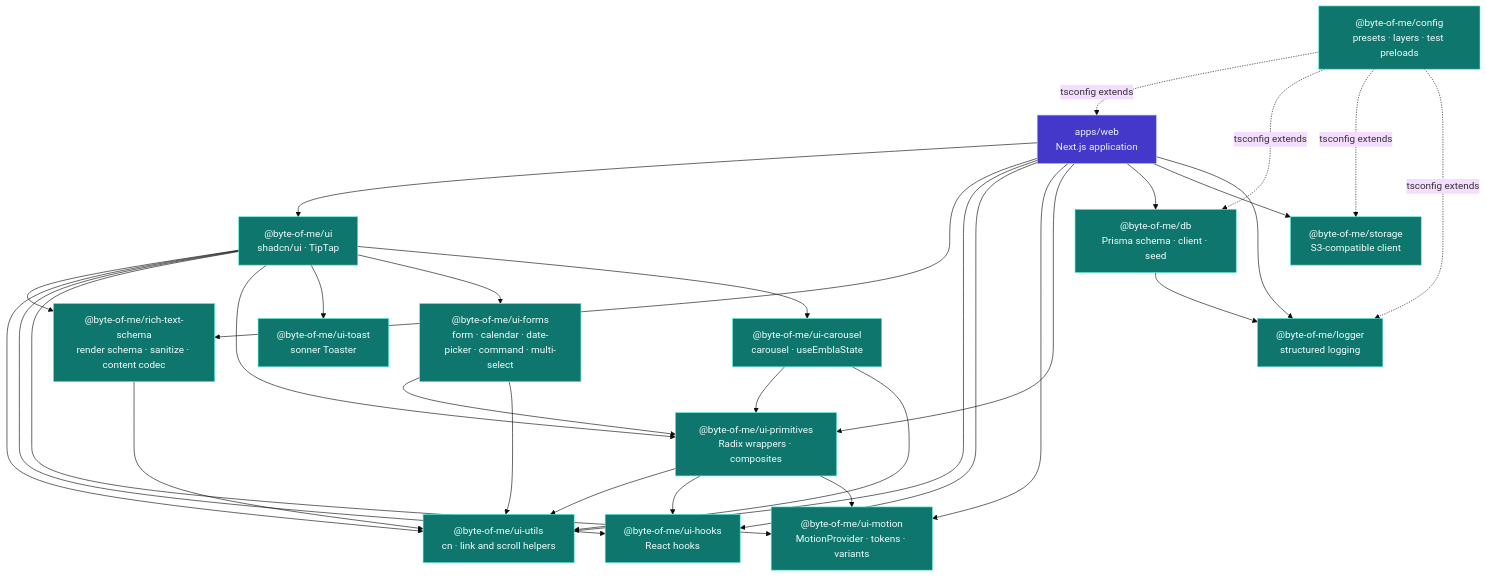
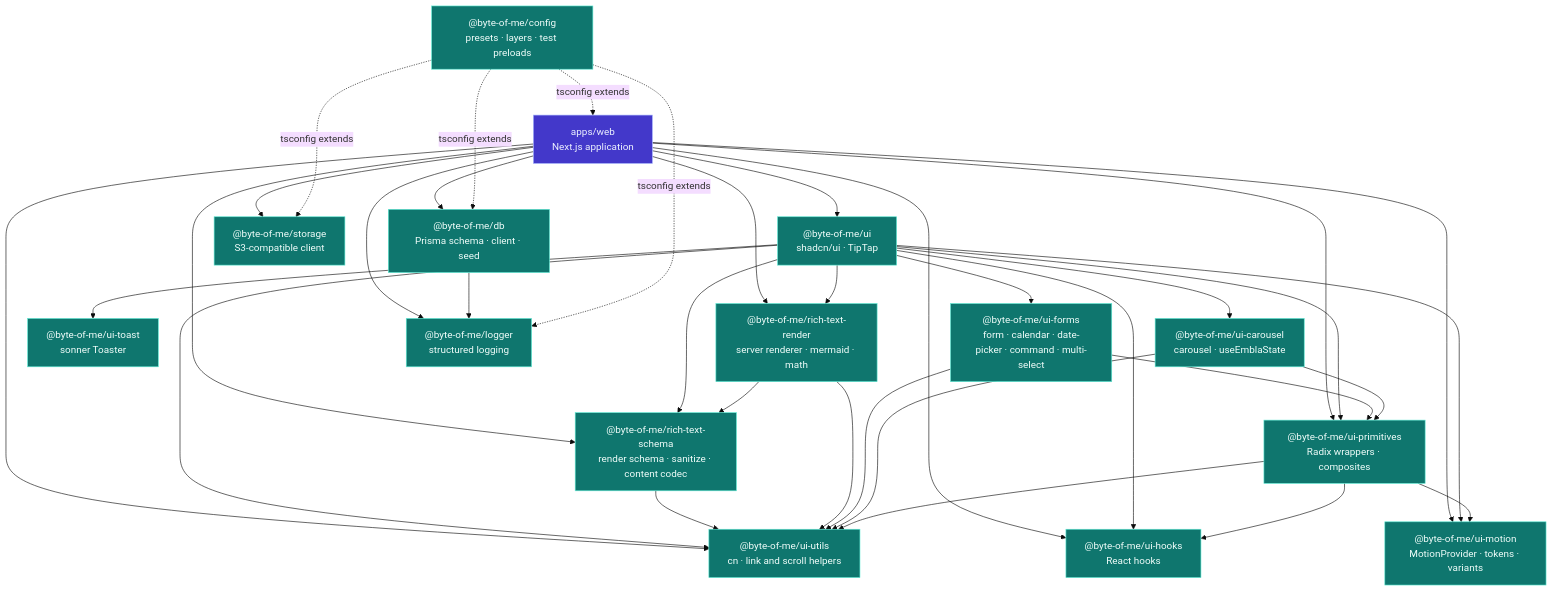
One commit to lthphuw/byte-of-me changed the second of 9 diagrams in docs/architecture.md. Above: the diagram before and after it, drawn with Mermaid (base theme). The commit also changed other lines of this file and 32 other files, not shown here.

````diff
--- a/docs/architecture.md
+++ b/docs/architecture.md
@@ -99,56 +99,61 @@
 ```mermaid
 flowchart TB
     WEB["apps/web<br/>Next.js application"]
 
     UI["@byte-of-me/ui<br/>shadcn/ui · TipTap"]
     SCHEMA["@byte-of-me/rich-text-schema<br/>render schema · sanitize · content codec"]
+    RENDER["@byte-of-me/rich-text-render<br/>server renderer · mermaid · math"]
     UTILS["@byte-of-me/ui-utils<br/>cn · link and scroll helpers"]
     HOOKS["@byte-of-me/ui-hooks<br/>React hooks"]
     MOTION["@byte-of-me/ui-motion<br/>MotionProvider · tokens · variants"]
     PRIMS["@byte-of-me/ui-primitives<br/>Radix wrappers · composites"]
     TOAST["@byte-of-me/ui-toast<br/>sonner Toaster"]
     FORMS["@byte-of-me/ui-forms<br/>form · calendar · date-picker · command · multi-select"]
     CAROUSEL["@byte-of-me/ui-carousel<br/>carousel · useEmblaState"]
     DB["@byte-of-me/db<br/>Prisma schema · client · seed"]
     ST["@byte-of-me/storage<br/>S3-compatible client"]
     LOG["@byte-of-me/logger<br/>structured logging"]
     CFG["@byte-of-me/config<br/>presets · layers · test preloads"]
 
     WEB --> UI
     WEB --> SCHEMA
+    WEB --> RENDER
     WEB --> UTILS
     WEB --> HOOKS
     WEB --> MOTION
     WEB --> PRIMS
     WEB --> DB
     WEB --> ST
     WEB --> LOG
     UI --> SCHEMA
+    UI --> RENDER
     UI --> UTILS
     UI --> HOOKS
     UI --> MOTION
     UI --> PRIMS
     UI --> TOAST
     UI --> FORMS
     UI --> CAROUSEL
     SCHEMA --> UTILS
+    RENDER --> SCHEMA
+    RENDER --> UTILS
     FORMS --> PRIMS
     FORMS --> UTILS
     CAROUSEL --> PRIMS
     CAROUSEL --> UTILS
     PRIMS --> UTILS
     PRIMS --> HOOKS
     PRIMS --> MOTION
     DB --> LOG
 
     CFG -.->|"tsconfig extends"| WEB
     CFG -.->|"tsconfig extends"| DB
     CFG -.->|"tsconfig extends"| ST
     CFG -.->|"tsconfig extends"| LOG
 
     classDef app fill:#4338ca,stroke:#a5b4fc,color:#eef2ff
     classDef pkg fill:#0f766e,stroke:#5eead4,color:#f0fdfa
 
     class WEB app
-    class UI,SCHEMA,UTILS,HOOKS,MOTION,PRIMS,TOAST,FORMS,CAROUSEL,DB,ST,LOG,CFG pkg
+    class UI,SCHEMA,RENDER,UTILS,HOOKS,MOTION,PRIMS,TOAST,FORMS,CAROUSEL,DB,ST,LOG,CFG pkg
 ```
````
